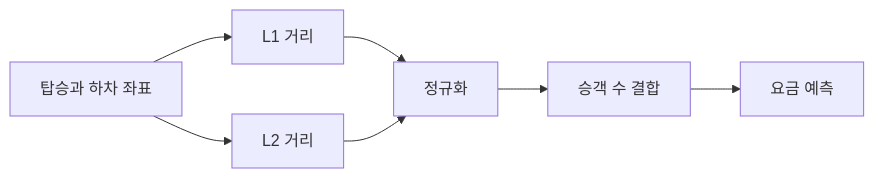
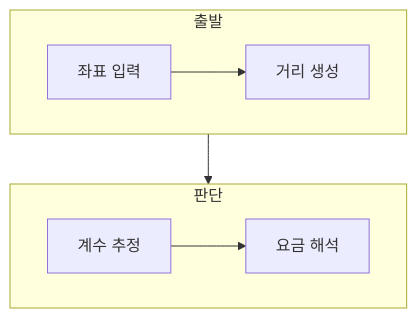
The diagram in ComputerScience/03_ai-ml-data/machine-learning/notes/01. 우버 요금 다중 선형 회귀.md (umyunsang/edu), drawn with Mermaid before and after one commit. The commit also changed other lines of this file and 8 other files, not shown here.

````diff
--- a/ComputerScience/03_ai-ml-data/machine-learning/notes/01. 우버 요금 다중 선형 회귀.md
+++ b/ComputerScience/03_ai-ml-data/machine-learning/notes/01. 우버 요금 다중 선형 회귀.md
@@ -20,9 +23,12 @@
 ```mermaid
-flowchart LR
-  A[탑승과 하차 좌표] --> B[L1 거리]
-  A --> C[L2 거리]
-  B --> D[정규화]
-  C --> D
-  D --> E[승객 수 결합]
-  E --> F[요금 예측]
+flowchart TB
+    subgraph Input[출발]
+        direction LR
+        A[좌표 입력] --> B[거리 생성]
+    end
+    subgraph Decision[판단]
+        direction LR
+        C[계수 추정] --> D[요금 해석]
+    end
+    B --> C
 ```
````
